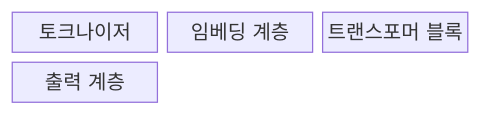
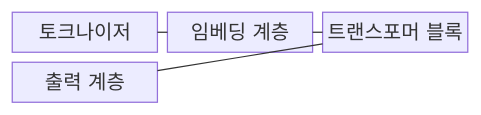
Before and after one commit to agnusdei1207/knowledge-base: the first of 2 diagrams in src/content/docs/notes/08-latest-tech/024_large_language_model.md, drawn with Mermaid. The commit also changed other lines of this file and 228 other files, not shown here.

````diff
--- a/src/content/docs/notes/08-latest-tech/024_large_language_model.md
+++ b/src/content/docs/notes/08-latest-tech/024_large_language_model.md
@@ -52,8 +52,11 @@
 ```mermaid
 block-beta
     columns 3
     T["토크나이저"]
     E["임베딩 계층"]
     B["트랜스포머 블록"]
     O["출력 계층"]
+    T --- E
+    E --- B
+    B --- O
 ```
````
